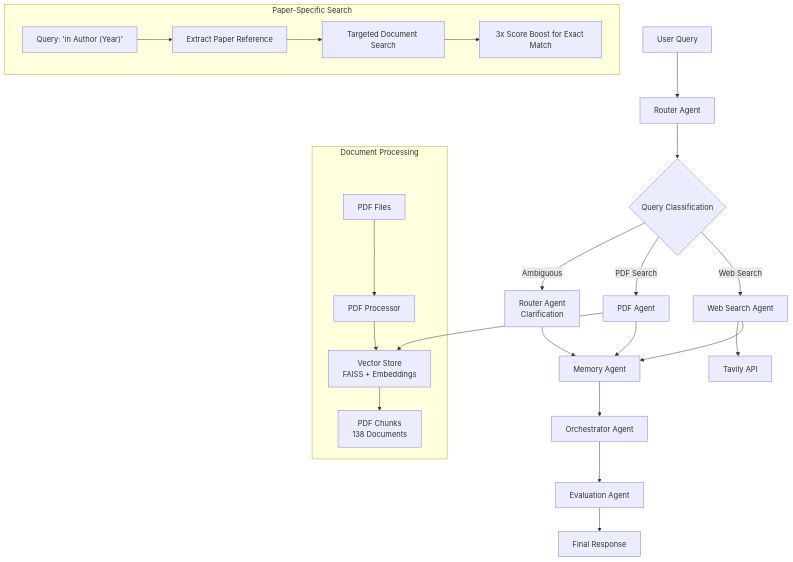
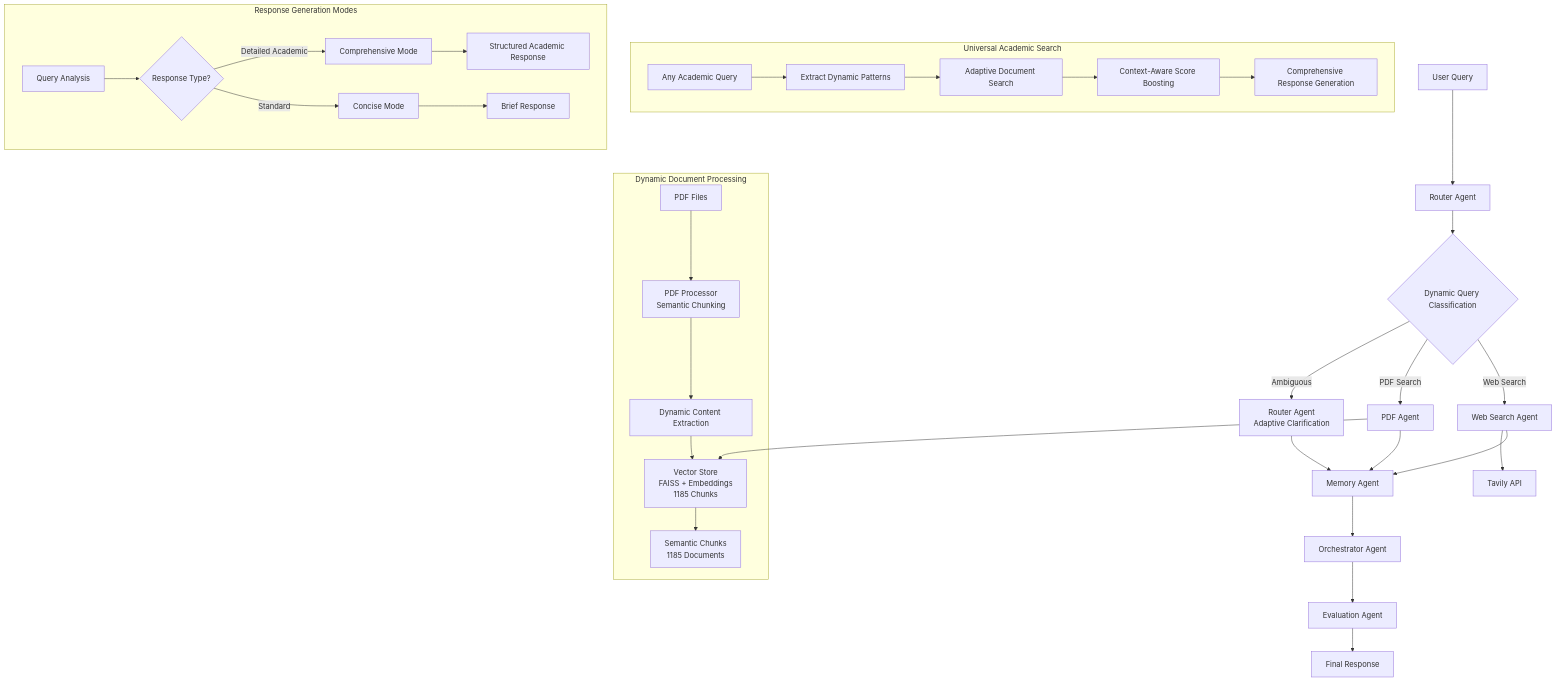
One commit to k66l/chat-with-pdf changed the first of 8 diagrams in README.md. Above: the diagram before and after it, drawn with Mermaid. The commit also changed other lines of this file and 10 other files, not shown here.

````diff
--- a/README.md
+++ b/README.md
@@ -79,30 +115,40 @@
 ```mermaid
 graph TD
     A[User Query] --> B[Router Agent]
-    B --> C{Query Classification}
-    C -->|Ambiguous| D[Router Agent<br/>Clarification]
+    B --> C{Dynamic Query Classification}
+    C -->|Ambiguous| D[Router Agent<br/>Adaptive Clarification]
     C -->|PDF Search| E[PDF Agent]
     C -->|Web Search| F[Web Search Agent]
     
     D --> G[Memory Agent]
-    E --> H[Vector Store<br/>FAISS + Embeddings]
+    E --> H[Vector Store<br/>FAISS + Embeddings<br/>1185 Chunks]
     F --> I[Tavily API]
     
     E --> G
     F --> G
     G --> J[Orchestrator Agent]
     J --> K[Evaluation Agent]
     K --> L[Final Response]
     
-    subgraph "Document Processing"
-        H --> M[PDF Chunks<br/>138 Documents]
-        N[PDF Files] --> O[PDF Processor] 
-        O --> H
+    subgraph "Dynamic Document Processing"
+        H --> M[Semantic Chunks<br/>1185 Documents]
+        N[PDF Files] --> O[PDF Processor<br/>Semantic Chunking] 
+        O --> P[Dynamic Content Extraction]
+        P --> H
     end
     
-    subgraph "Paper-Specific Search"
-        P["Query: 'in Author (Year)'"] --> Q[Extract Paper Reference]
-        Q --> R[Targeted Document Search]
-        R --> S[3x Score Boost for Exact Match]
+    subgraph "Universal Academic Search"
+        Q["Any Academic Query"] --> R[Extract Dynamic Patterns]
+        R --> S[Adaptive Document Search]
+        S --> T[Context-Aware Score Boosting]
+        T --> U[Comprehensive Response Generation]
+    end
+    
+    subgraph "Response Generation Modes"
+        V[Query Analysis] --> W{Response Type?}
+        W -->|Detailed Academic| X[Comprehensive Mode]
+        W -->|Standard| Y[Concise Mode]
+        X --> Z[Structured Academic Response]
+        Y --> AA[Brief Response]
     end
 ```
````
